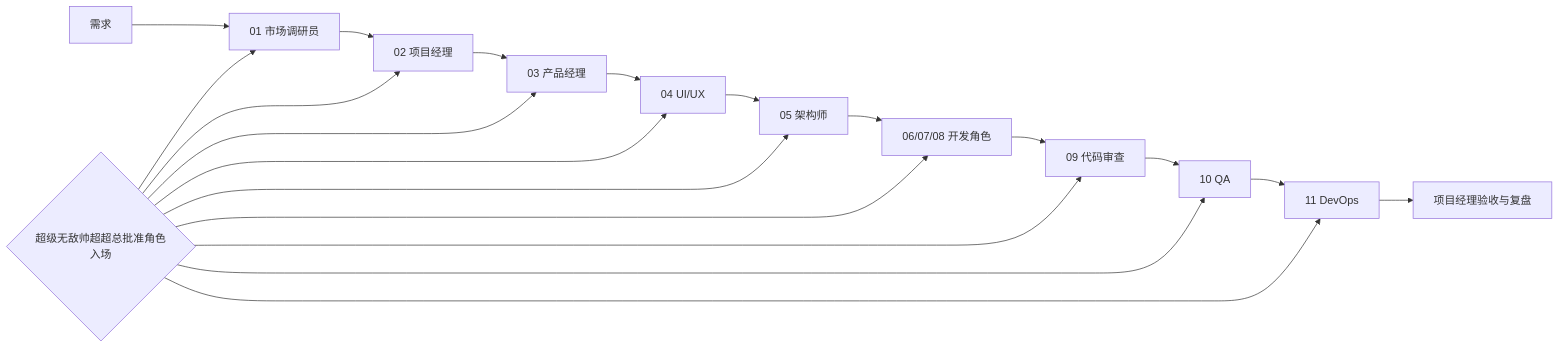
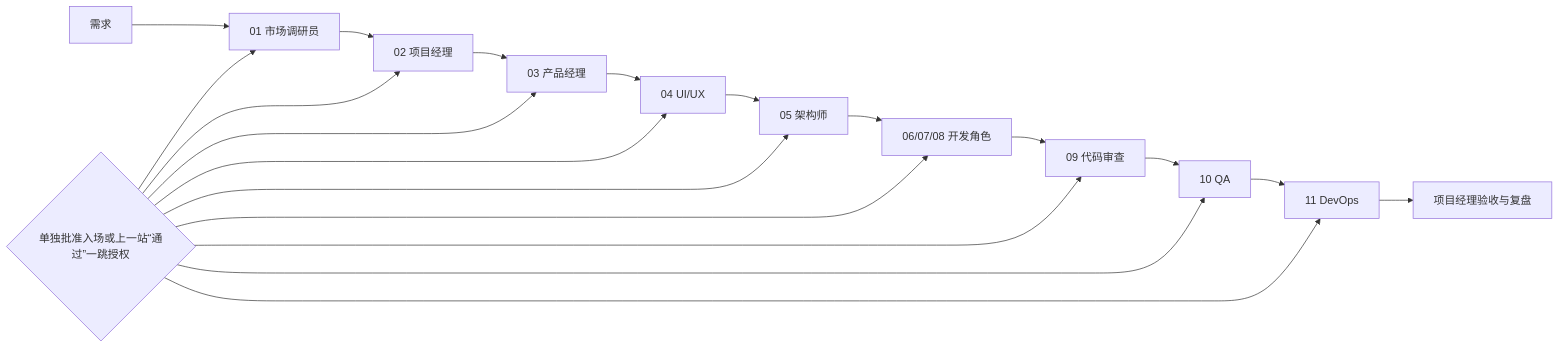
One commit to CloudyStormer/AI-Workflow-Dev changed the second of 7 diagrams in architecture/00-workflow-architecture.md. Above: the diagram before and after it, drawn with Mermaid. The commit also changed other lines of this file and 84 other files, not shown here.

````diff
--- a/architecture/00-workflow-architecture.md
+++ b/architecture/00-workflow-architecture.md
@@ -25,23 +25,23 @@
 ```mermaid
 flowchart LR
     I["需求"] --> MR["01 市场调研员"]
     MR --> PM["02 项目经理"]
     PM --> PO["03 产品经理"]
     PO --> UI["04 UI/UX"]
     UI --> AR["05 架构师"]
     AR --> DEV["06/07/08 开发角色"]
     DEV --> CR["09 代码审查"]
     CR --> QA["10 QA"]
     QA --> DO["11 DevOps"]
     DO --> AC["项目经理验收与复盘"]
 
-    G{"超级无敌帅超超总批准角色入场"} --> MR
+    G{"单独批准入场或上一站“通过”一跳授权"} --> MR
     G --> PM
     G --> PO
     G --> UI
     G --> AR
     G --> DEV
     G --> CR
     G --> QA
     G --> DO
 ```
````
